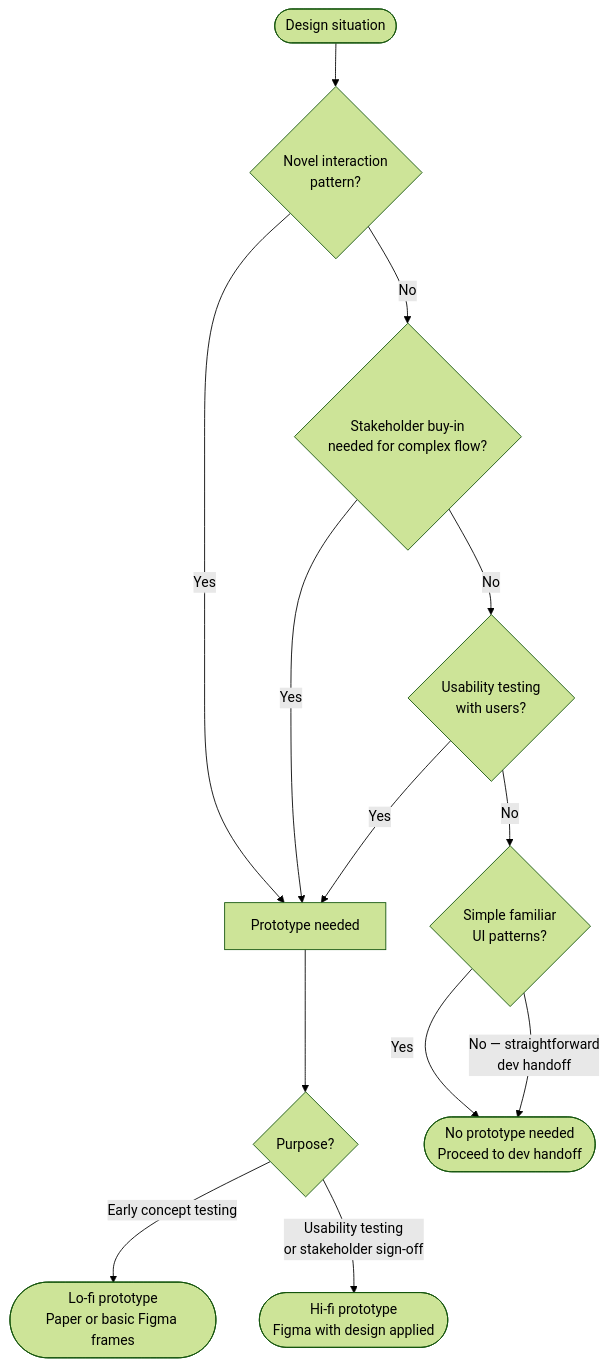
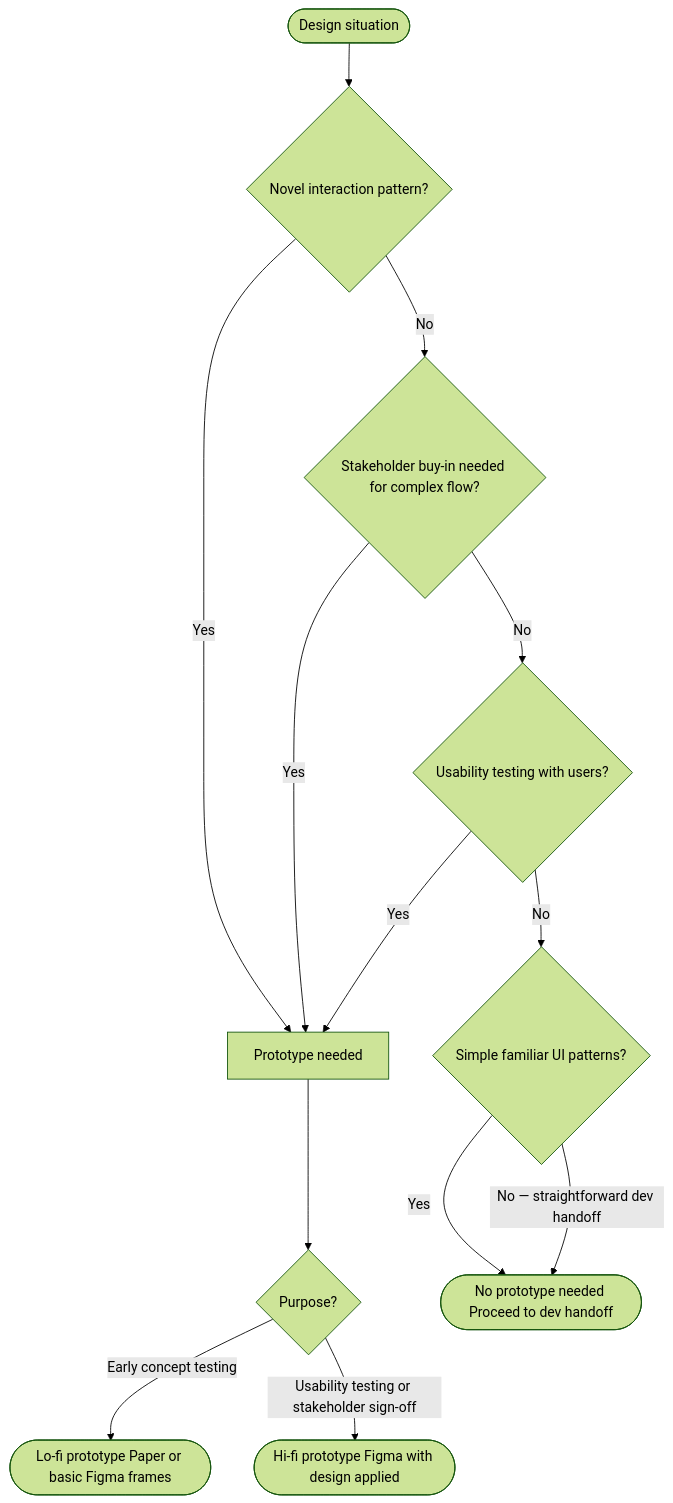
The diagram in .cursor/skills/02-product-design/ux-process.md (ivanyeors/product-agentic-templates), drawn with Mermaid (forest theme) before and after one commit. The commit also changed 39 other files, not shown here.

````diff
--- a/.cursor/skills/02-product-design/ux-process.md
+++ b/.cursor/skills/02-product-design/ux-process.md
@@ -148,15 +148,15 @@
 ```mermaid
 flowchart TD
-    situation([Design situation]) --> q1{Novel interaction\npattern?}
+    situation([Design situation]) --> q1{Novel interaction pattern?}
     q1 -->|Yes| prototype
-    q1 -->|No| q2{Stakeholder buy-in\nneeded for complex flow?}
+    q1 -->|No| q2{Stakeholder buy-in needed for complex flow?}
     q2 -->|Yes| prototype
-    q2 -->|No| q3{Usability testing\nwith users?}
+    q2 -->|No| q3{Usability testing with users?}
     q3 -->|Yes| prototype
-    q3 -->|No| q4{Simple familiar\nUI patterns?}
-    q4 -->|Yes| noProto([No prototype needed\nProceed to dev handoff])
-    q4 -->|No — straightforward\ndev handoff| noProto
+    q3 -->|No| q4{Simple familiar UI patterns?}
+    q4 -->|Yes| noProto([No prototype needed Proceed to dev handoff])
+    q4 -->|No — straightforward dev handoff| noProto
     prototype[Prototype needed] --> fidelity{Purpose?}
-    fidelity -->|Early concept testing| lofi([Lo-fi prototype\nPaper or basic Figma frames])
-    fidelity -->|Usability testing\nor stakeholder sign-off| hifi([Hi-fi prototype\nFigma with design applied])
+    fidelity -->|Early concept testing| lofi([Lo-fi prototype Paper or basic Figma frames])
+    fidelity -->|Usability testing or stakeholder sign-off| hifi([Hi-fi prototype Figma with design applied])
 ```
````
